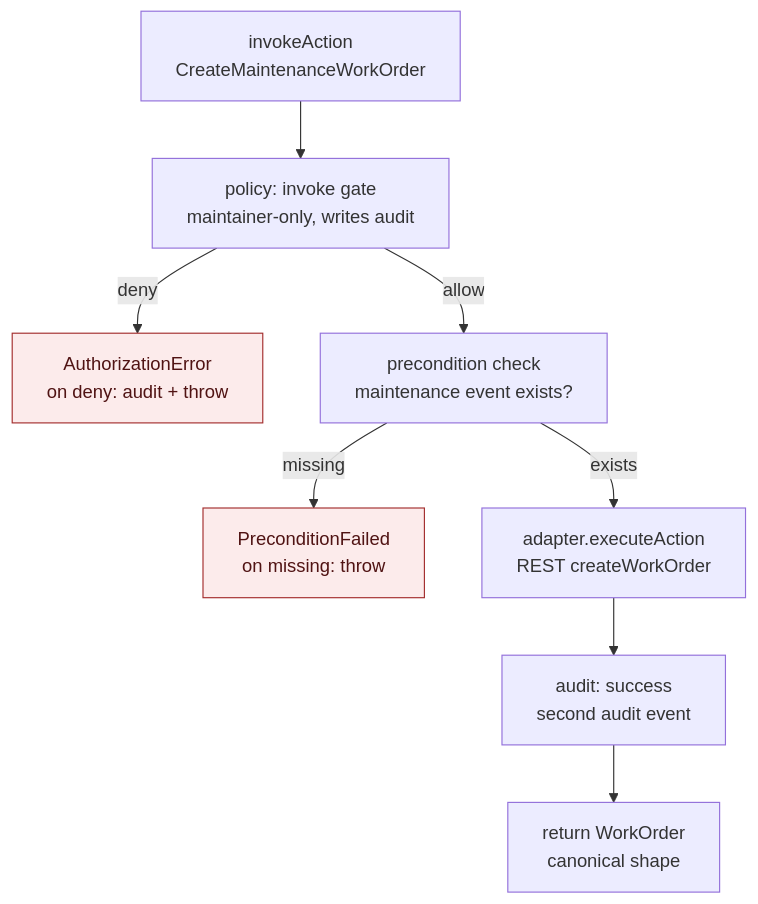
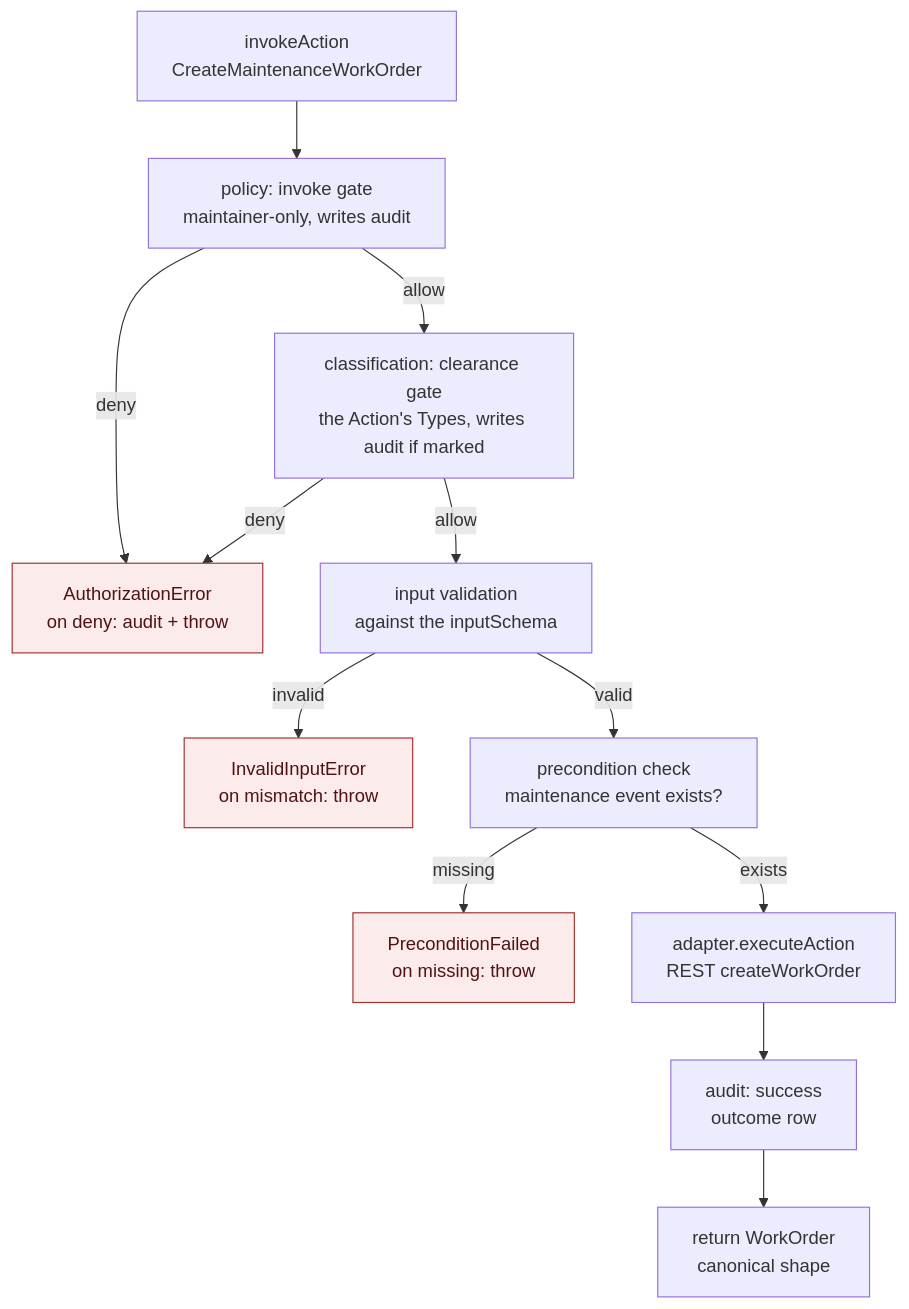
The fourth of 6 diagrams in docs/architecture.md (marlinspike/TypeSystem), drawn with Mermaid before and after one commit. The commit also changed other lines of this file and 9 other files, not shown here.

````diff
--- a/docs/architecture.md
+++ b/docs/architecture.md
@@ -338,20 +348,27 @@
 ```mermaid
 flowchart TB
     inv["invokeAction<br/>CreateMaintenanceWorkOrder"]
     gate["policy: invoke gate<br/>maintainer-only, writes audit"]
+    clear["classification: clearance gate<br/>the Action's Types, writes audit if marked"]
     authz["AuthorizationError<br/>on deny: audit + throw"]
+    input["input validation<br/>against the inputSchema"]
+    bad["InvalidInputError<br/>on mismatch: throw"]
     pre["precondition check<br/>maintenance event exists?"]
     pf["PreconditionFailed<br/>on missing: throw"]
     exec["adapter.executeAction<br/>REST createWorkOrder"]
-    aud["audit: success<br/>second audit event"]
+    aud["audit: success<br/>outcome row"]
     ret["return WorkOrder<br/>canonical shape"]
     inv --> gate
     gate -->|deny| authz
-    gate -->|allow| pre
+    gate -->|allow| clear
+    clear -->|deny| authz
+    clear -->|allow| input
+    input -->|invalid| bad
+    input -->|valid| pre
     pre -->|missing| pf
     pre -->|exists| exec
     exec --> aud
     aud --> ret
     classDef err fill:#fcebeb,stroke:#a32d2d,color:#501313;
-    class authz,pf err;
+    class authz,bad,pf err;
 ```
````
